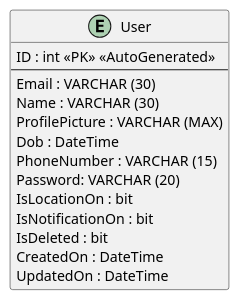
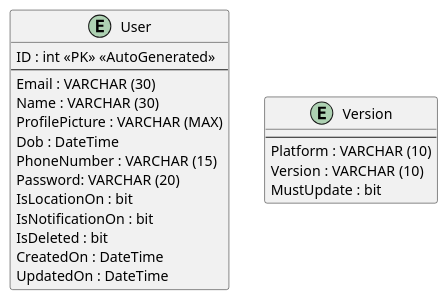
Before and after one commit to nainamuhammed/foodie-service: the diagram in Restaurant_Web_Api/Design/ER.puml, drawn with PlantUML. The commit also changed 7 other files, not shown here.

```diff
--- a/Restaurant_Web_Api/Design/ER.puml
+++ b/Restaurant_Web_Api/Design/ER.puml
@@ -1,21 +1,29 @@
 @startuml
 
 
 
 entity "User" {
     ID : int <<PK>> <<AutoGenerated>>
     --
     Email : VARCHAR (30)
     Name : VARCHAR (30)
     ProfilePicture : VARCHAR (MAX)
     Dob : DateTime
     PhoneNumber : VARCHAR (15)
     Password: VARCHAR (20)
     IsLocationOn : bit
     IsNotificationOn : bit
     IsDeleted : bit
     CreatedOn : DateTime
     UpdatedOn : DateTime
 }
 
+
+entity "Version"{
+    --
+    Platform : VARCHAR (10)
+    Version : VARCHAR (10)
+    MustUpdate : bit
+}
+
 @enduml
```
